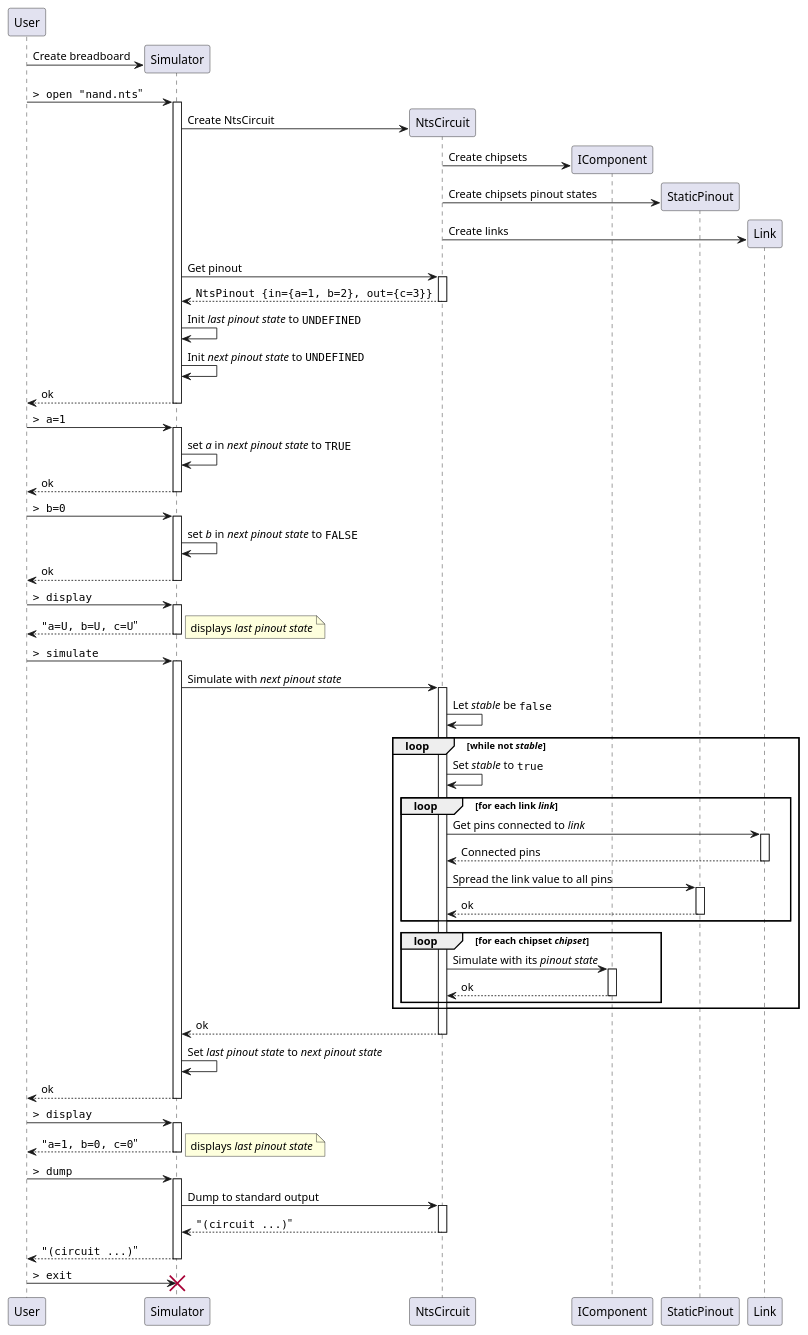
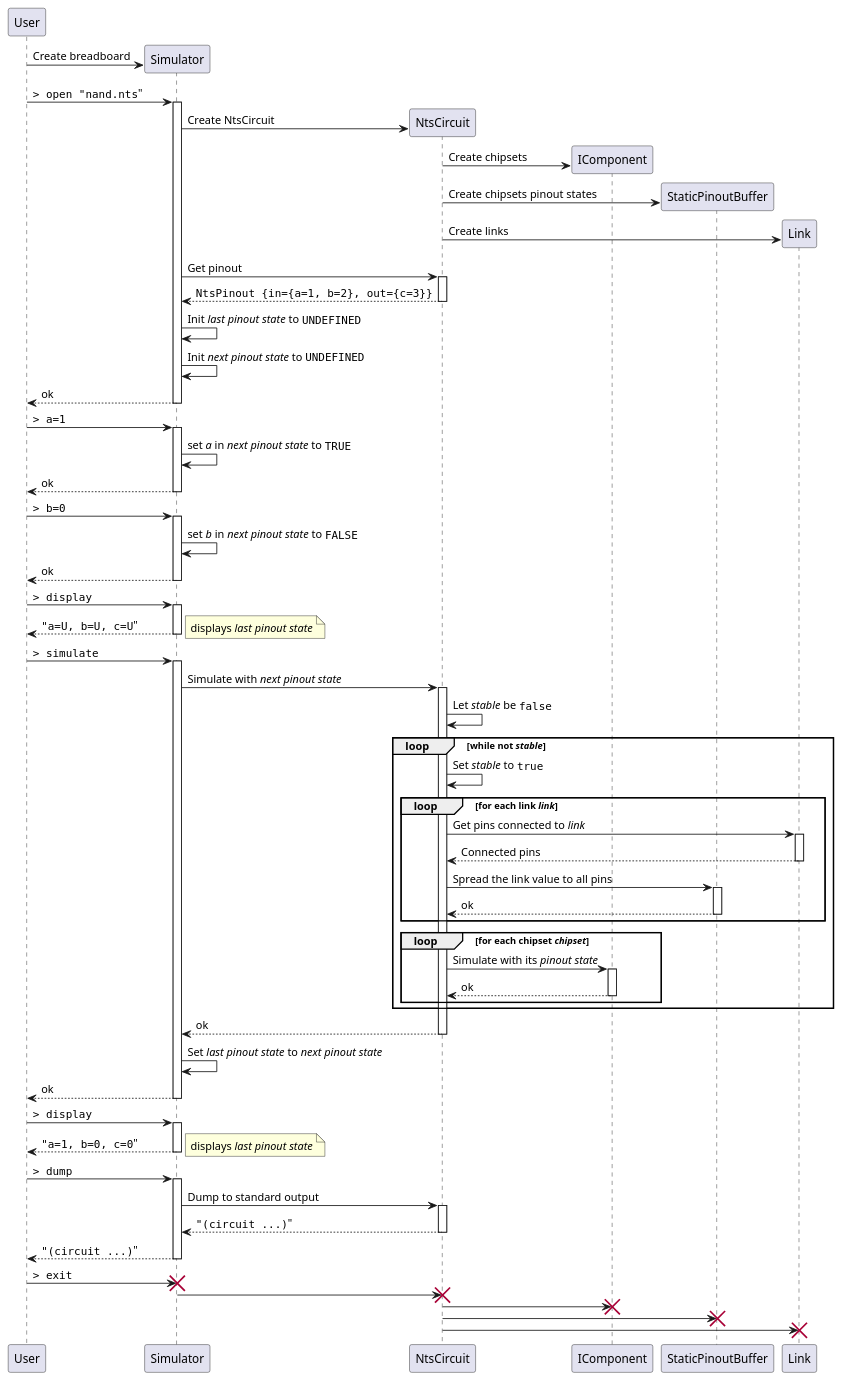
The diagram in docs/seq_nand.puml (nasso/nano), drawn with PlantUML before and after one commit. The commit also changed 1 other file, not shown here.

Commit message:
Rename Pinout classes

```diff
--- a/docs/seq_nand.puml
+++ b/docs/seq_nand.puml
@@ -1,64 +1,68 @@
 @startuml NAND Gate
 
 participant User
 
 User -> Simulator ** : Create breadboard
 
 User -> Simulator ++ : ""> open "nand.nts"""
   Simulator -> NtsCircuit ** : Create NtsCircuit
   NtsCircuit -> IComponent ** : Create chipsets
-  NtsCircuit -> StaticPinout ** : Create chipsets pinout states
+  NtsCircuit -> StaticPinoutBuffer ** : Create chipsets pinout states
   NtsCircuit -> Link ** : Create links
   Simulator -> NtsCircuit ++ : Get pinout
   return ""NtsPinout {in={a=1, b=2}, out={c=3}}""
 
   Simulator -> Simulator : Init //last pinout state// to ""UNDEFINED""
   Simulator -> Simulator : Init //next pinout state// to ""UNDEFINED""
 return ok
 
 User -> Simulator ++ : ""> a=1""
   Simulator -> Simulator : set //a// in //next pinout state// to ""TRUE""
 return ok
 
 User -> Simulator ++ : ""> b=0""
   Simulator -> Simulator : set //b// in //next pinout state// to ""FALSE""
 return ok
 
 User -> Simulator ++ : ""> display""
 return """a=U, b=U, c=U"""
 note right: displays //last pinout state//
 
 User -> Simulator ++ : ""> simulate""
   Simulator -> NtsCircuit ++ : Simulate with //next pinout state//
     NtsCircuit -> NtsCircuit : Let //stable// be ""false""
     loop while not //stable//
       NtsCircuit -> NtsCircuit : Set //stable// to ""true""
       loop for each link //link//
         NtsCircuit -> Link ++ : Get pins connected to //link//
         return Connected pins
 
-        NtsCircuit -> StaticPinout ++ : Spread the link value to all pins
+        NtsCircuit -> StaticPinoutBuffer ++ : Spread the link value to all pins
         return ok
       end
 
       loop for each chipset //chipset//
         NtsCircuit -> IComponent ++ : Simulate with its //pinout state//
         return ok
       end
     end
   return ok
   Simulator -> Simulator : Set //last pinout state// to //next pinout state//
 return ok
 
 User -> Simulator ++ : ""> display""
 return """a=1, b=0, c=0"""
 note right: displays //last pinout state//
 
 User -> Simulator ++ : ""> dump""
   Simulator -> NtsCircuit ++ : Dump to standard output
   return """(circuit ...)"""
 return """(circuit ...)"""
 
 User -> Simulator !! : ""> exit""
+Simulator -> NtsCircuit !!
+NtsCircuit -> IComponent !!
+NtsCircuit -> StaticPinoutBuffer !!
+NtsCircuit -> Link !!
 
 @enduml
```
